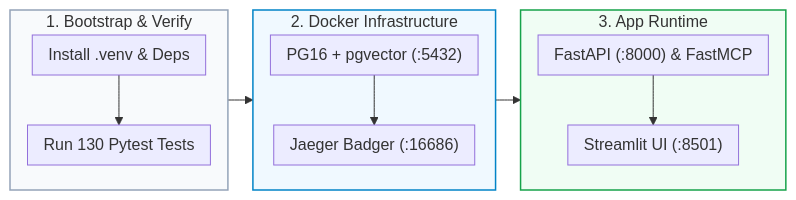
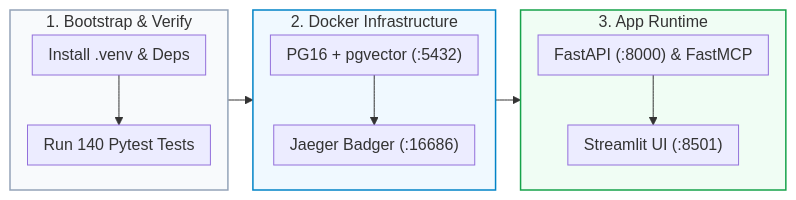
The third of 7 diagrams in README.md (Kenono2000/enterprise-rag-pgvector-rbac), drawn with Mermaid before and after one commit. The commit also changed other lines of this file and 8 other files, not shown here.

````diff
--- a/README.md
+++ b/README.md
@@ -72,20 +73,20 @@
 ```mermaid
 %%{init: {'flowchart': {'nodeSpacing': 15, 'rankSpacing': 25, 'padding': 8}}}%%
 flowchart LR
     subgraph DevBootstrap ["1. Bootstrap & Verify"]
         direction TB
-        Venv["Install .venv & Deps"] --> Pytest["Run 130 Pytest Tests"]
+        Venv["Install .venv & Deps"] --> Pytest["Run 140 Pytest Tests"]
     end
     subgraph Containers ["2. Docker Infrastructure"]
         direction TB
         PG16["PG16 + pgvector (:5432)"] --> Jaeger["Jaeger Badger (:16686)"]
     end
     subgraph Services ["3. App Runtime"]
         direction TB
         FastAPI["FastAPI (:8000) & FastMCP"] --> Streamlit["Streamlit UI (:8501)"]
     end
     DevBootstrap --> Containers --> Services
     style DevBootstrap fill:#f8fafc,stroke:#94a3b8,stroke-width:1.5px
     style Containers fill:#f0f9ff,stroke:#0284c7,stroke-width:1.5px
     style Services fill:#f0fdf4,stroke:#16a34a,stroke-width:1.5px
 ```
````
